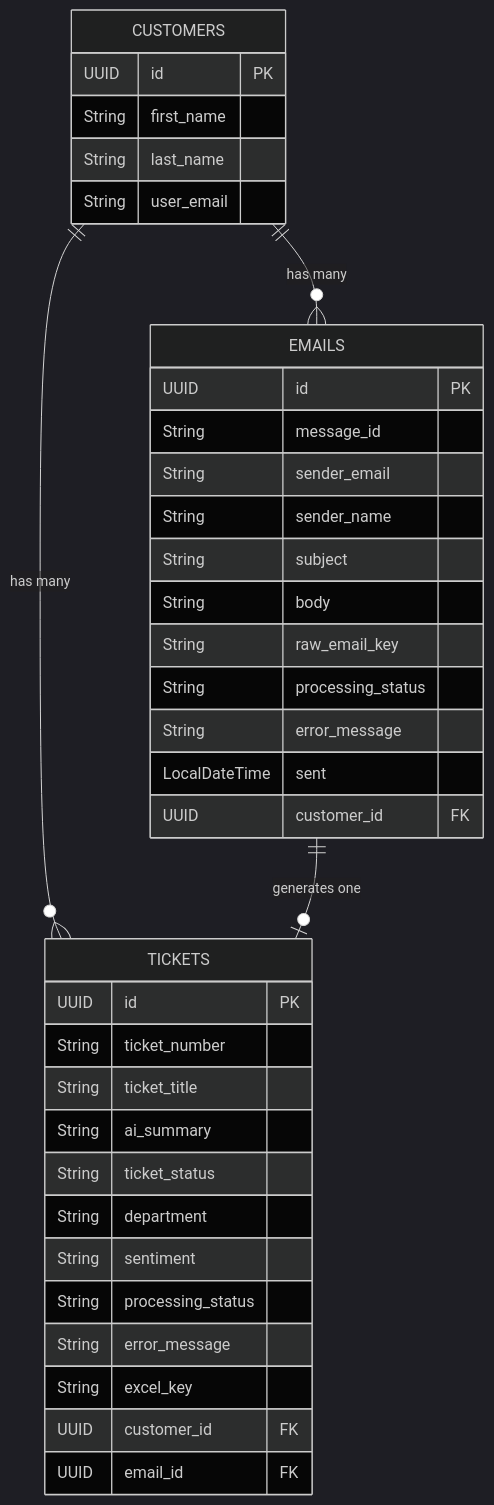
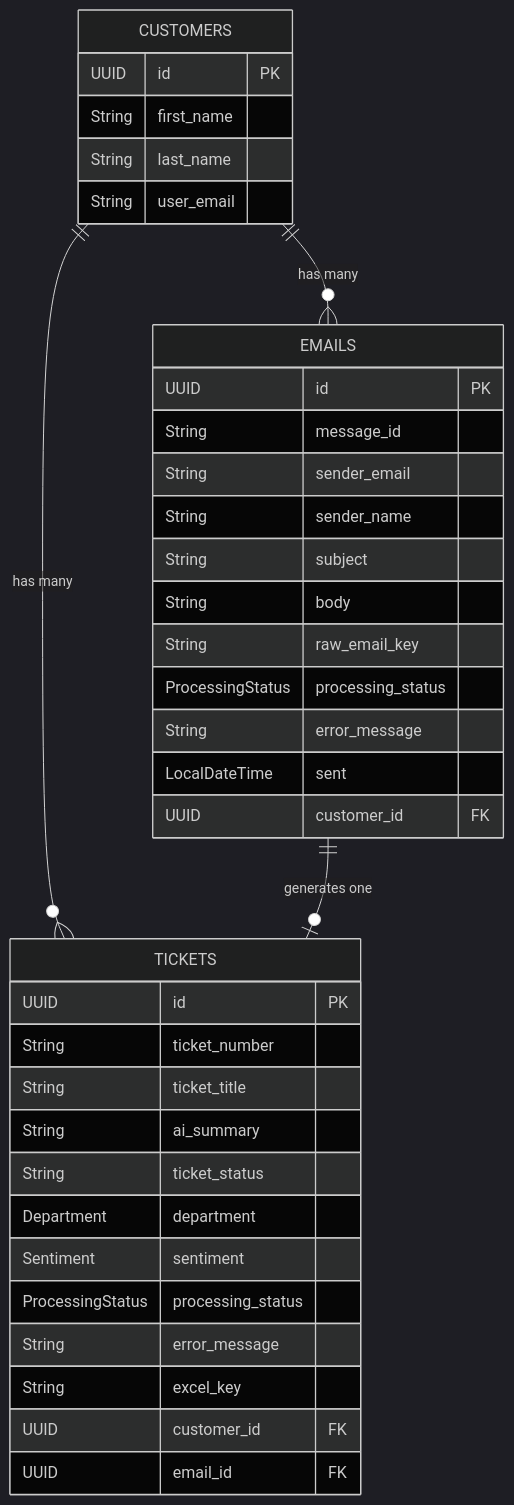
One commit to mgudux/mail-2-ticket changed the second of 2 diagrams in README.md. Above: the diagram before and after it, drawn with Mermaid (dark theme). The commit also changed other lines of this file, not shown here.

Commit message:
Update README minor changes to grammar

````diff
--- a/README.md
+++ b/README.md
@@ -54,40 +54,40 @@
 ```mermaid
 erDiagram
     CUSTOMERS {
         UUID id PK
         String first_name
         String last_name
         String user_email
     }
     TICKETS {
         UUID id PK
         String ticket_number
         String ticket_title
         String ai_summary
         String ticket_status
-        String department
-        String sentiment
-        String processing_status
+        Department department
+        Sentiment sentiment
+        ProcessingStatus processing_status
         String error_message
         String excel_key
         UUID customer_id FK
         UUID email_id FK
     }
     EMAILS {
         UUID id PK
         String message_id
         String sender_email
         String sender_name
         String subject
         String body
         String raw_email_key
-        String processing_status
+        ProcessingStatus processing_status
         String error_message
         LocalDateTime sent
         UUID customer_id FK
     }
 
     CUSTOMERS ||--o{ TICKETS : "has many"
     CUSTOMERS ||--o{ EMAILS : "has many"
     EMAILS ||--o| TICKETS : "generates one"
 ```
````
